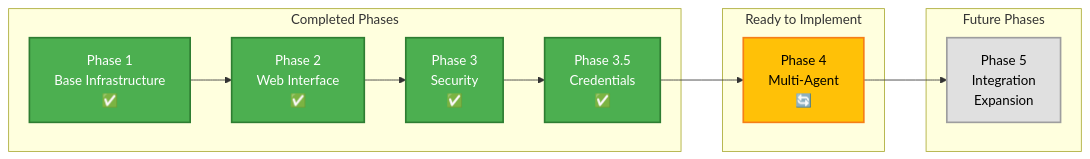
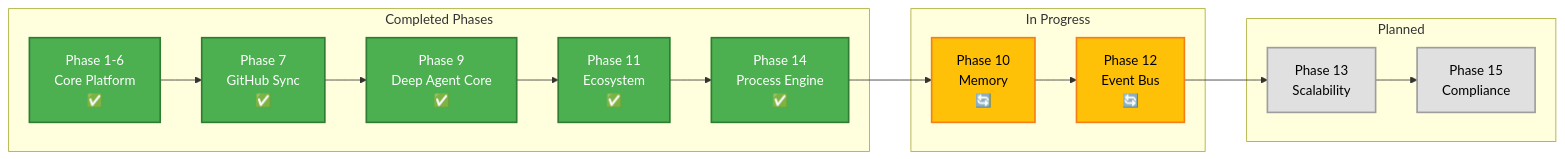
Diagram 13 of 15 in docs/trinity-architecture-diagrams.md (webmixgamer/trinity), drawn with Mermaid before and after one commit. The commit also changed other lines of this file and 83 other files, not shown here.

````diff
--- a/docs/trinity-architecture-diagrams.md
+++ b/docs/trinity-architecture-diagrams.md
@@ -368,30 +492,39 @@
 ```mermaid
 graph LR
     subgraph "Completed Phases"
-        P1[Phase 1<br/>Base Infrastructure<br/>✅]
-        P2[Phase 2<br/>Web Interface<br/>✅]
-        P3[Phase 3<br/>Security<br/>✅]
-        P35[Phase 3.5<br/>Credentials<br/>✅]
+        P1[Phase 1-6<br/>Core Platform<br/>✅]
+        P7[Phase 7<br/>GitHub Sync<br/>✅]
+        P9[Phase 9<br/>Deep Agent Core<br/>✅]
+        P11[Phase 11<br/>Ecosystem<br/>✅]
+        P14[Phase 14<br/>Process Engine<br/>✅]
     end
-    
-    subgraph "Ready to Implement"
-        P4[Phase 4<br/>Multi-Agent<br/>🔄]
+
+    subgraph "In Progress"
+        P10[Phase 10<br/>Memory<br/>🔄]
+        P12[Phase 12<br/>Event Bus<br/>🔄]
     end
-    
-    subgraph "Future Phases"
-        P5[Phase 5<br/>Integration<br/>Expansion]
+
+    subgraph "Planned"
+        P13[Phase 13<br/>Scalability]
+        P15[Phase 15<br/>Compliance]
     end
-    
-    P1 --> P2
-    P2 --> P3
-    P3 --> P35
-    P35 --> P4
-    P4 --> P5
-    
+
+    P1 --> P7
+    P7 --> P9
+    P9 --> P11
+    P11 --> P14
+    P14 --> P10
+    P10 --> P12
+    P12 --> P13
+    P13 --> P15
+
     style P1 fill:#4CAF50,stroke:#2E7D32,stroke-width:2px,color:#fff
-    style P2 fill:#4CAF50,stroke:#2E7D32,stroke-width:2px,color:#fff
-    style P3 fill:#4CAF50,stroke:#2E7D32,stroke-width:2px,color:#fff
-    style P35 fill:#4CAF50,stroke:#2E7D32,stroke-width:2px,color:#fff
-    style P4 fill:#FFC107,stroke:#F57F17,stroke-width:2px,color:#000
-    style P5 fill:#E0E0E0,stroke:#9E9E9E,stroke-width:2px,color:#000
+    style P7 fill:#4CAF50,stroke:#2E7D32,stroke-width:2px,color:#fff
+    style P9 fill:#4CAF50,stroke:#2E7D32,stroke-width:2px,color:#fff
+    style P11 fill:#4CAF50,stroke:#2E7D32,stroke-width:2px,color:#fff
+    style P14 fill:#4CAF50,stroke:#2E7D32,stroke-width:2px,color:#fff
+    style P10 fill:#FFC107,stroke:#F57F17,stroke-width:2px,color:#000
+    style P12 fill:#FFC107,stroke:#F57F17,stroke-width:2px,color:#000
+    style P13 fill:#E0E0E0,stroke:#9E9E9E,stroke-width:2px,color:#000
+    style P15 fill:#E0E0E0,stroke:#9E9E9E,stroke-width:2px,color:#000
 ```
````
